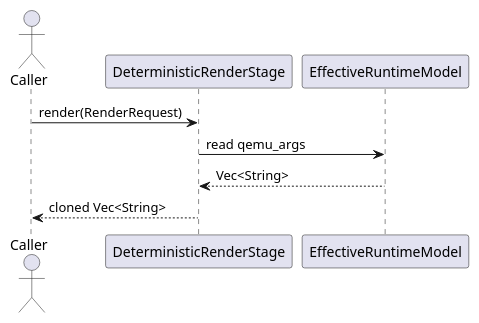
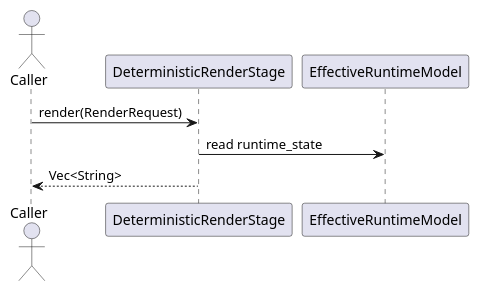
One commit to hurenkam/ezkvm changed the second of 2 diagrams in doc/dev/architecture/design/runtime-resolution-and-render-stage.md. Above: the diagram before and after it, drawn with PlantUML. The commit also changed other lines of this file and 35 other files, not shown here.

Commit message:
move qemu_args out of runtime, and into src/config_format/qemu

````diff
--- a/doc/dev/architecture/design/runtime-resolution-and-render-stage.md
+++ b/doc/dev/architecture/design/runtime-resolution-and-render-stage.md
@@ -54,12 +54,11 @@
 ```plantuml
 @startuml
 actor Caller
 participant "DeterministicRenderStage" as Renderer
 participant "EffectiveRuntimeModel" as Runtime
 
 Caller -> Renderer : render(RenderRequest)
-Renderer -> Runtime : read qemu_args
-Runtime --> Renderer : Vec<String>
-Renderer --> Caller : cloned Vec<String>
+Renderer -> Runtime : read runtime_state
+Renderer --> Caller : Vec<String>
 @enduml
 ```
````
